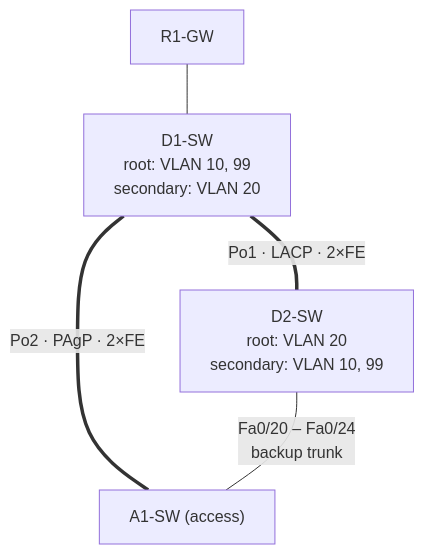
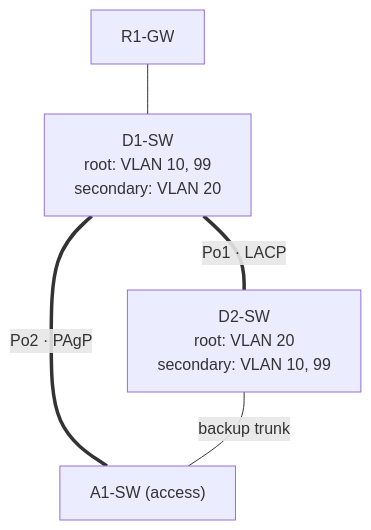
One commit to mwozniak-net/cisco-network-labs changed the diagram in 04-hotelnova-l2-security/HLD.md. Above: the diagram before and after it, drawn with Mermaid. The commit also changed other lines of this file and 29 other files, not shown here.

````diff
--- a/04-hotelnova-l2-security/HLD.md
+++ b/04-hotelnova-l2-security/HLD.md
@@ -23,7 +22,7 @@
 ```mermaid
 flowchart TB
   R1["R1-GW"] --- D1["D1-SW<br/>root: VLAN 10, 99<br/>secondary: VLAN 20"]
-  D1 ===|"Po1 · LACP · 2×FE"| D2["D2-SW<br/>root: VLAN 20<br/>secondary: VLAN 10, 99"]
-  D1 ===|"Po2 · PAgP · 2×FE"| A1["A1-SW (access)"]
-  D2 ---|"Fa0/20 – Fa0/24<br/>backup trunk"| A1
+  D1 ===|"Po1 · LACP"| D2["D2-SW<br/>root: VLAN 20<br/>secondary: VLAN 10, 99"]
+  D1 ===|"Po2 · PAgP"| A1["A1-SW (access)"]
+  D2 ---|"backup trunk"| A1
 ```
````
